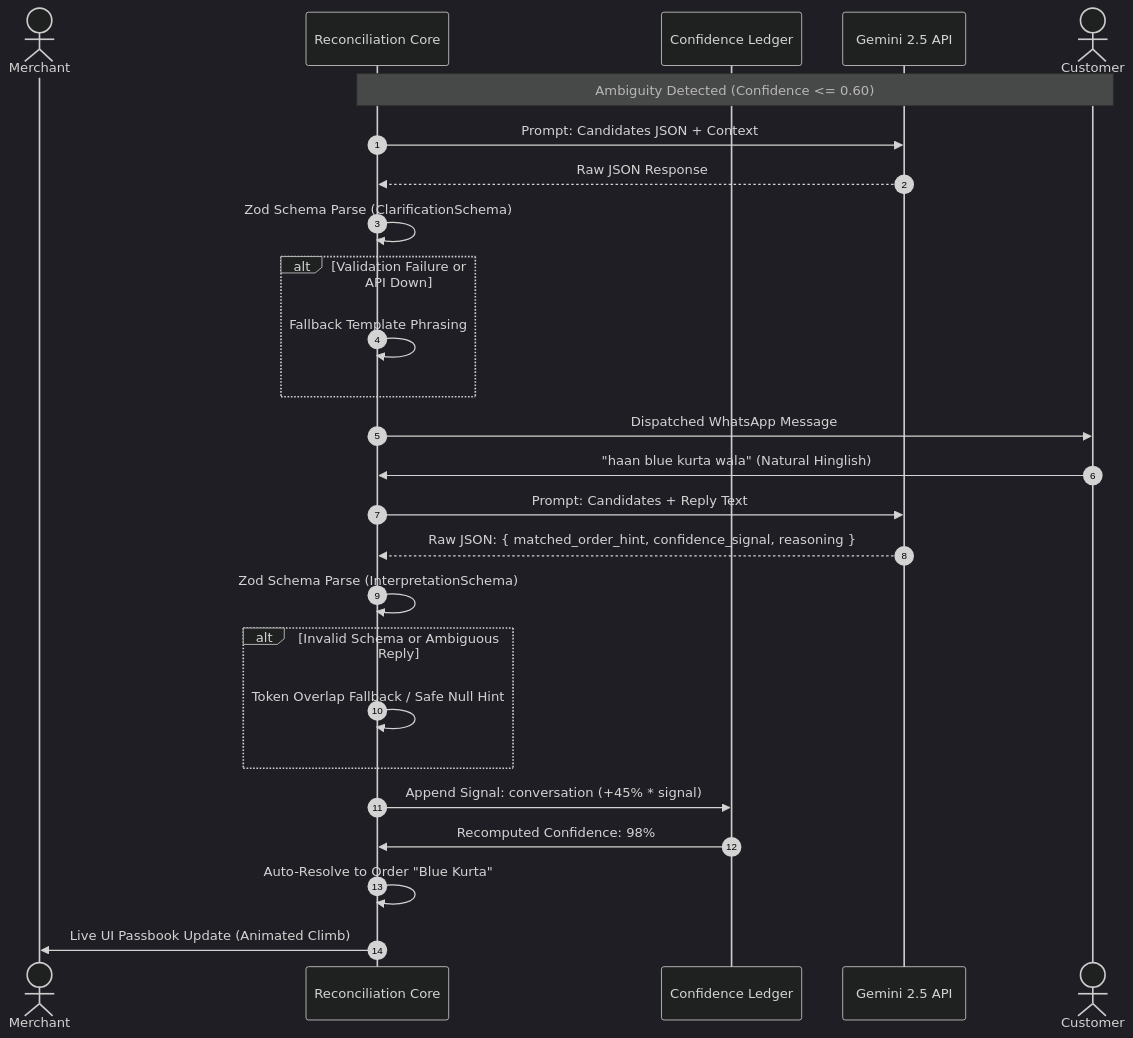
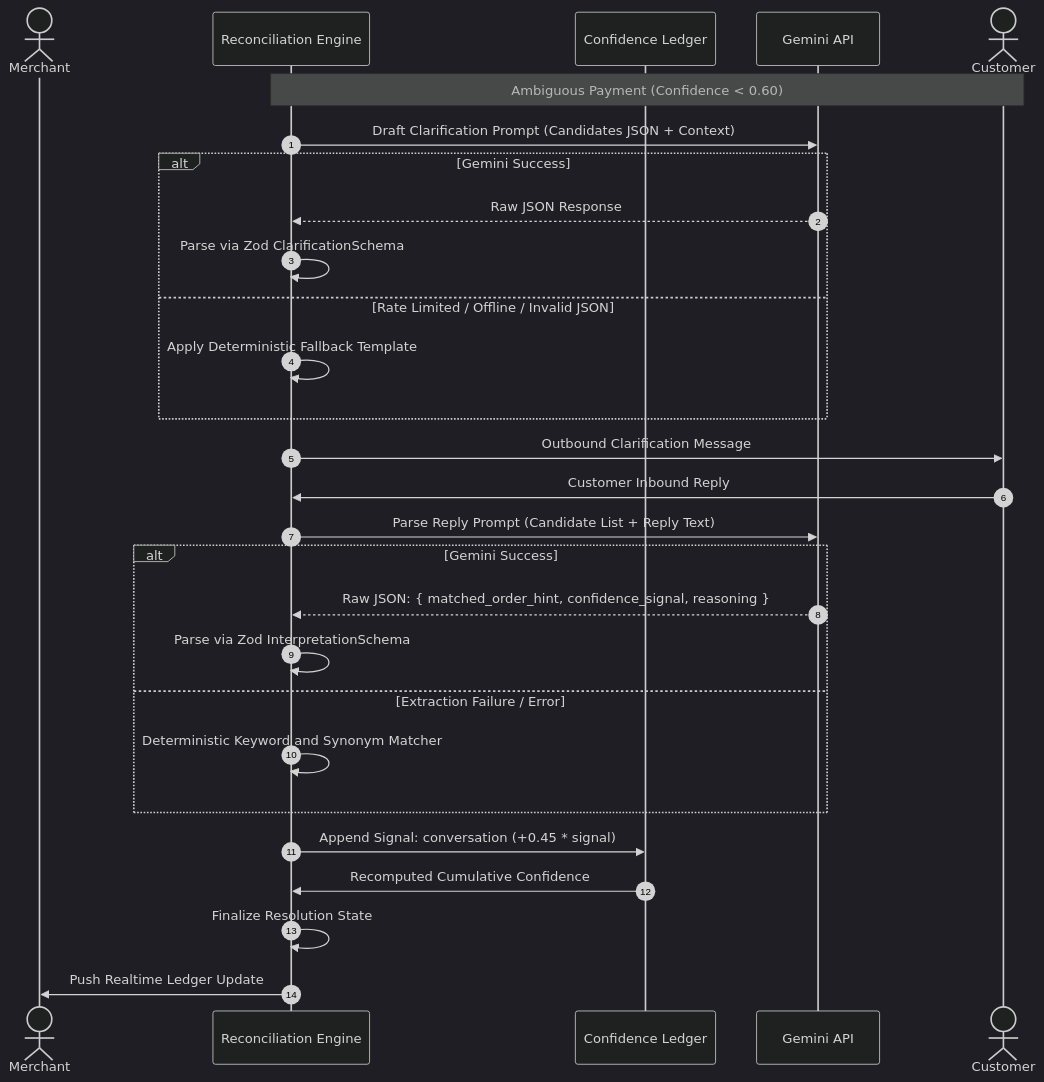
One commit to prathameshmore07/kisne-bheja changed the second of 4 diagrams in README.md. Above: the diagram before and after it, drawn with Mermaid (dark theme). The commit also changed other lines of this file and 75 other files, not shown here.

Commit message:
Initial release: UPI payment reconciliation engine and merchant dashboard

````diff
--- a/README.md
+++ b/README.md
@@ -53,30 +54,32 @@
 ```mermaid
 sequenceDiagram
     autonumber
     actor Merchant
-    participant System as Reconciliation Core
+    participant System as Reconciliation Engine
     participant Scorer as Confidence Ledger
-    participant Gemini as Gemini 2.5 API
+    participant Gemini as Gemini API
     actor Customer
 
-    Note over System,Customer: Ambiguity Detected (Confidence <= 0.60)
-    System->>Gemini: Prompt: Candidates JSON + Context
-    Gemini-->>System: Raw JSON Response
-    System->>System: Zod Schema Parse (ClarificationSchema)
-    alt Validation Failure or API Down
-        System->>System: Fallback Template Phrasing
+    Note over System,Customer: Ambiguous Payment (Confidence < 0.60)
+    System->>Gemini: Draft Clarification Prompt (Candidates JSON + Context)
+    alt Gemini Success
+        Gemini-->>System: Raw JSON Response
+        System->>System: Parse via Zod ClarificationSchema
+    else Rate Limited / Offline / Invalid JSON
+        System->>System: Apply Deterministic Fallback Template
     end
-    System->>Customer: Dispatched WhatsApp Message
+    System->>Customer: Outbound Clarification Message
 
-    Customer->>System: "haan blue kurta wala" (Natural Hinglish)
-    System->>Gemini: Prompt: Candidates + Reply Text
-    Gemini-->>System: Raw JSON: { matched_order_hint, confidence_signal, reasoning }
-    System->>System: Zod Schema Parse (InterpretationSchema)
-    alt Invalid Schema or Ambiguous Reply
-        System->>System: Token Overlap Fallback / Safe Null Hint
+    Customer->>System: Customer Inbound Reply
+    System->>Gemini: Parse Reply Prompt (Candidate List + Reply Text)
+    alt Gemini Success
+        Gemini-->>System: Raw JSON: { matched_order_hint, confidence_signal, reasoning }
+        System->>System: Parse via Zod InterpretationSchema
+    else Extraction Failure / Error
+        System->>System: Deterministic Keyword and Synonym Matcher
     end
-    System->>Scorer: Append Signal: conversation (+45% * signal)
-    Scorer->>System: Recomputed Confidence: 98%
-    System->>System: Auto-Resolve to Order "Blue Kurta"
-    System->>Merchant: Live UI Passbook Update (Animated Climb)
+    System->>Scorer: Append Signal: conversation (+0.45 * signal)
+    Scorer->>System: Recomputed Cumulative Confidence
+    System->>System: Finalize Resolution State
+    System->>Merchant: Push Realtime Ledger Update
 ```
````
